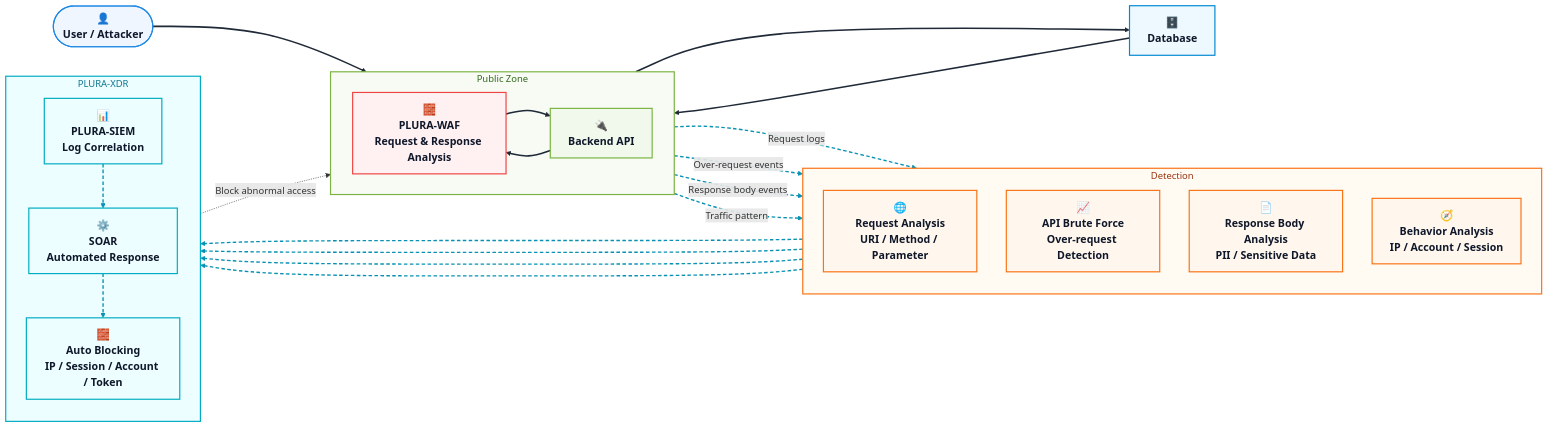
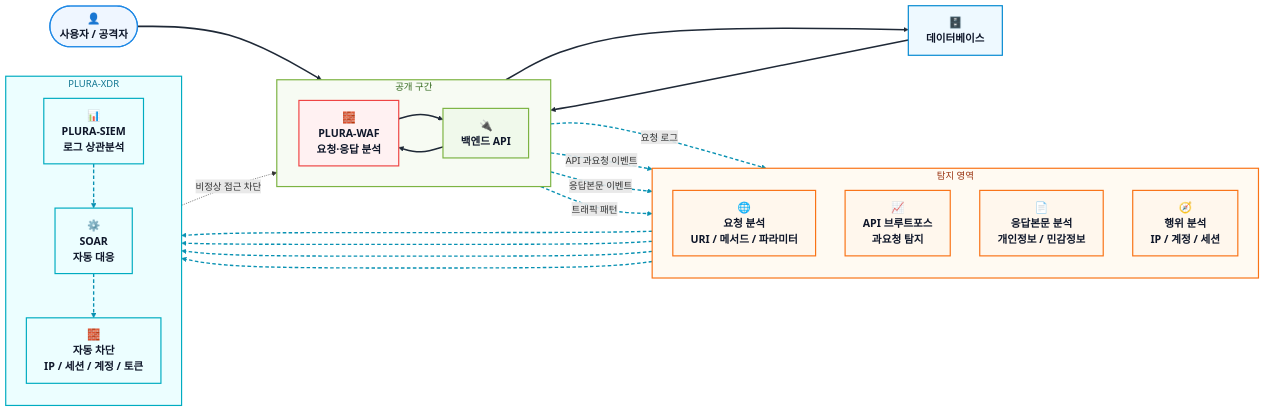
One commit to qubitsec/blog changed the fifth of 5 diagrams in content/ko/respond/modoo-startup-api-response-leak.md. Above: the diagram before and after it, drawn with Mermaid.

```diff
--- a/content/ko/respond/modoo-startup-api-response-leak.md
+++ b/content/ko/respond/modoo-startup-api-response-leak.md
@@ -764,30 +764,30 @@
 
 flowchart LR
 
-    USER(["👤<br/><b>User / Attacker</b>"])
+    USER(["👤<br/><b>사용자 / 공격자</b>"])
 
-    subgraph PUBLIC["Public Zone"]
+    subgraph PUBLIC["공개 구간"]
         direction LR
-        WAF["🧱<br/><b>PLURA-WAF</b><br/>Request & Response Analysis"]
-        API["🔌<br/><b>Backend API</b>"]
+        WAF["🧱<br/><b>PLURA-WAF</b><br/>요청·응답 분석"]
+        API["🔌<br/><b>백엔드 API</b>"]
     end
 
-    subgraph DETECTION["Detection"]
+    subgraph DETECTION["탐지 영역"]
         direction TB
-        REQ["🌐<br/><b>Request Analysis</b><br/>URI / Method / Parameter"]
-        BRUTE["📈<br/><b>API Brute Force</b><br/>Over-request Detection"]
-        RESP["📄<br/><b>Response Body Analysis</b><br/>PII / Sensitive Data"]
-        BEHAVIOR["🧭<br/><b>Behavior Analysis</b><br/>IP / Account / Session"]
+        REQ["🌐<br/><b>요청 분석</b><br/>URI / 메서드 / 파라미터"]
+        BRUTE["📈<br/><b>API 브루트포스</b><br/>과요청 탐지"]
+        RESP["📄<br/><b>응답본문 분석</b><br/>개인정보 / 민감정보"]
+        BEHAVIOR["🧭<br/><b>행위 분석</b><br/>IP / 계정 / 세션"]
     end
 
     subgraph XDR["PLURA-XDR"]
         direction TB
-        SIEM["📊<br/><b>PLURA-SIEM</b><br/>Log Correlation"]
-        SOAR["⚙️<br/><b>SOAR</b><br/>Automated Response"]
-        BLOCK["🧱<br/><b>Auto Blocking</b><br/>IP / Session / Account / Token"]
+        SIEM["📊<br/><b>PLURA-SIEM</b><br/>로그 상관분석"]
+        SOAR["⚙️<br/><b>SOAR</b><br/>자동 대응"]
+        BLOCK["🧱<br/><b>자동 차단</b><br/>IP / 세션 / 계정 / 토큰"]
     end
 
-    DB["🗄️<br/><b>Database</b>"]
+    DB["🗄️<br/><b>데이터베이스</b>"]
 
     USER --> WAF
     WAF --> API
@@ -795,10 +795,10 @@
     DB --> API
     API --> WAF
 
-    WAF -. "Request logs" .-> REQ
-    WAF -. "Over-request events" .-> BRUTE
-    WAF -. "Response body events" .-> RESP
-    WAF -. "Traffic pattern" .-> BEHAVIOR
+    WAF -. "요청 로그" .-> REQ
+    WAF -. "API 과요청 이벤트" .-> BRUTE
+    WAF -. "응답본문 이벤트" .-> RESP
+    WAF -. "트래픽 패턴" .-> BEHAVIOR
 
     REQ --> SIEM
     BRUTE --> SIEM
@@ -807,7 +807,7 @@
 
     SIEM --> SOAR
     SOAR --> BLOCK
-    BLOCK -. "Block abnormal access" .-> WAF
+    BLOCK -. "비정상 접근 차단" .-> WAF
 
     classDef user fill:#eff6ff,stroke:#1e88e5,stroke-width:2px,color:#0f172a,font-size:18px,font-weight:bold;
     classDef public fill:#f0f9eb,stroke:#7cb342,stroke-width:2px,color:#0f172a,font-size:18px,font-weight:bold;
```
